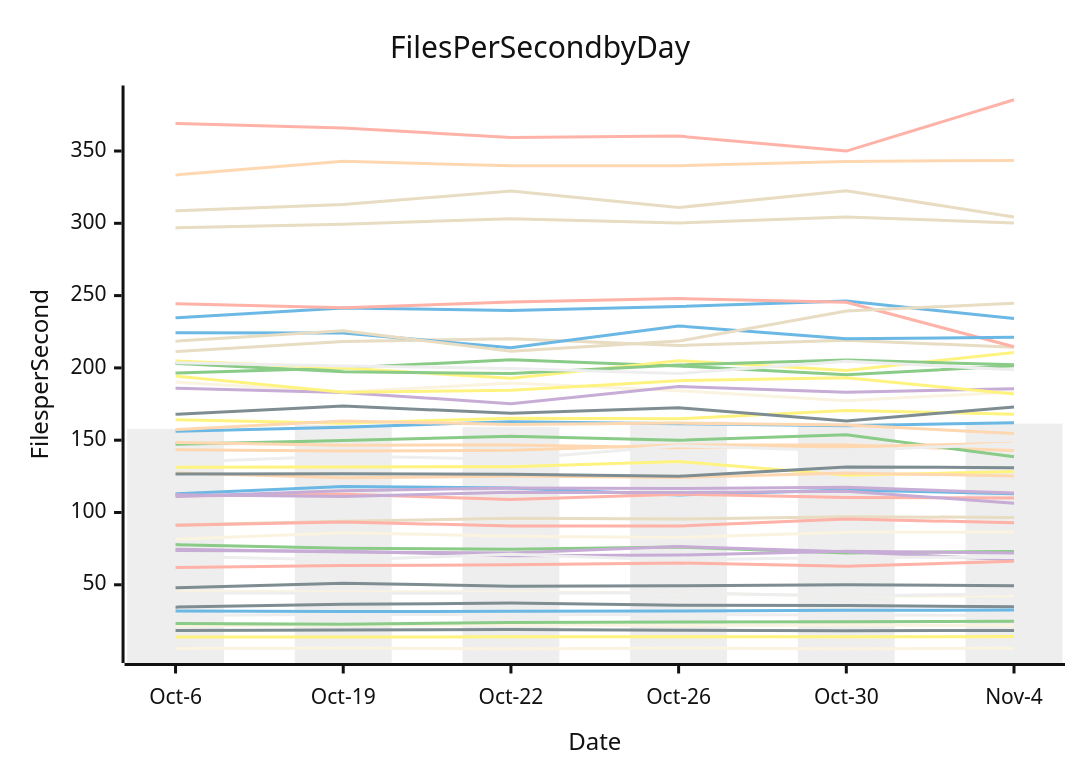
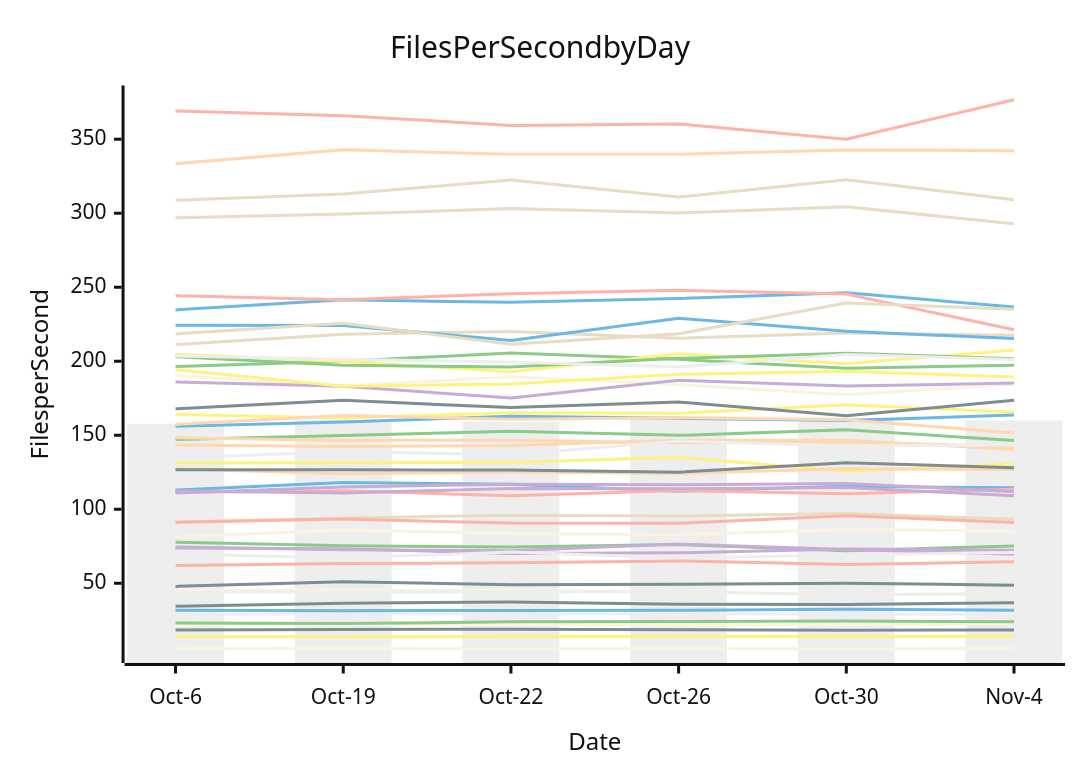
The diagram in perf-report.md (streetsidesoftware/cspell), drawn with Mermaid (neutral theme) before and after one commit. The commit also changed other lines of this file and 1 other file, not shown here.

````diff
--- a/perf-report.md
+++ b/perf-report.md
@@ -10,57 +10,57 @@
 ```mermaid
 xychart-beta
     title Files Per Second by Day
     y-axis Files per Second
     x-axis Date [Oct-6, Oct-19, Oct-22, Oct-26, Oct-30, Nov-4]
-    bar [157.78, 160.58, 159.03, 162.88, 161.94, 161.43]
-    line [112.94, 118.00, 116.85, 112.16, 115.50, 113.03]
-    line [77.78, 75.28, 74.51, 76.18, 72.03, 73.04]
-    line [74.54, 72.64, 71.96, 76.44, 72.80, 67.36]
-    line [91.34, 93.97, 96.00, 95.45, 97.05, 96.58]
-    line [111.42, 112.56, 109.04, 112.63, 110.40, 109.96]
-    line [164.09, 161.71, 165.23, 164.80, 170.61, 167.92]
-    line [34.53, 36.49, 37.33, 35.82, 35.71, 34.75]
-    line [333.43, 342.86, 339.81, 339.82, 342.79, 343.52]
-    line [45.48, 45.18, 45.07, 44.31, 42.25, 42.22]
-    line [44.34, 44.15, 44.08, 44.42, 42.24, 43.80]
-    line [234.66, 241.48, 239.78, 242.41, 246.20, 234.18]
-    line [196.39, 199.93, 205.59, 201.31, 195.27, 201.40]
-    line [73.77, 73.27, 70.11, 70.57, 73.22, 72.00]
-    line [296.93, 299.41, 303.13, 300.22, 304.34, 300.27]
-    line [91.13, 93.37, 90.70, 90.60, 95.53, 92.85]
-    line [131.24, 131.49, 131.59, 135.21, 125.70, 128.28]
-    line [167.92, 173.59, 168.67, 172.42, 163.25, 172.96]
-    line [143.38, 142.44, 143.06, 146.69, 146.59, 142.85]
-    line [190.21, 183.26, 189.47, 184.23, 177.36, 183.28]
-    line [28.81, 29.58, 29.31, 29.41, 29.14, 28.79]
-    line [156.12, 158.95, 162.77, 161.40, 160.02, 162.13]
-    line [147.14, 149.81, 152.74, 149.93, 153.73, 138.49]
-    line [185.98, 183.04, 175.20, 187.18, 183.23, 185.65]
-    line [211.32, 218.31, 220.10, 215.49, 219.14, 214.34]
-    line [244.34, 241.58, 245.56, 247.95, 245.41, 214.62]
-    line [204.79, 199.89, 192.85, 204.98, 198.27, 210.67]
-    line [47.88, 50.97, 49.03, 49.37, 49.99, 49.38]
-    line [148.37, 146.50, 146.67, 144.85, 145.45, 147.84]
-    line [6.00, 6.02, 5.75, 6.03, 5.80, 6.04]
-    line [69.72, 67.05, 71.08, 67.00, 69.09, 68.87]
-    line [31.79, 31.44, 31.67, 31.78, 32.41, 32.47]
-    line [203.08, 197.32, 196.05, 201.96, 205.39, 202.19]
-    line [111.00, 115.01, 116.88, 116.53, 117.43, 113.41]
-    line [308.73, 313.03, 322.37, 310.93, 322.55, 304.30]
-    line [62.01, 63.29, 63.79, 65.07, 62.75, 66.34]
-    line [13.86, 13.81, 14.01, 14.02, 13.97, 14.20]
-    line [18.38, 18.69, 19.00, 18.63, 18.25, 18.34]
-    line [127.28, 123.99, 125.15, 124.19, 127.28, 125.31]
-    line [21.69, 22.11, 22.28, 21.78, 22.12, 21.85]
-    line [203.55, 201.34, 199.55, 196.07, 204.60, 198.80]
-    line [224.28, 224.21, 213.97, 229.01, 220.21, 221.13]
-    line [23.16, 22.78, 23.92, 24.17, 24.43, 24.74]
-    line [112.35, 111.02, 113.95, 113.80, 114.69, 106.43]
-    line [218.48, 225.66, 211.47, 218.53, 239.32, 244.79]
-    line [369.11, 365.93, 359.34, 360.33, 349.95, 385.46]
-    line [194.31, 183.18, 184.56, 191.17, 193.23, 181.87]
-    line [126.66, 126.74, 126.46, 125.04, 131.49, 130.97]
-    line [157.33, 163.29, 160.80, 161.82, 160.48, 154.63]
-    line [81.41, 86.03, 83.62, 82.78, 86.40, 86.30]
-    line [134.66, 139.08, 136.76, 146.14, 142.74, 147.50]
+    bar [157.78, 160.58, 159.03, 162.88, 161.94, 160.02]
+    line [112.94, 118.00, 116.85, 112.16, 115.50, 114.45]
+    line [77.78, 75.28, 74.51, 76.18, 72.03, 75.21]
+    line [74.54, 72.64, 71.96, 76.44, 72.80, 69.62]
+    line [91.34, 93.97, 96.00, 95.45, 97.05, 93.17]
+    line [111.42, 112.56, 109.04, 112.63, 110.40, 113.53]
+    line [164.09, 161.71, 165.23, 164.80, 170.61, 165.61]
+    line [34.53, 36.49, 37.33, 35.82, 35.71, 36.86]
+    line [333.43, 342.86, 339.81, 339.82, 342.79, 342.26]
+    line [45.48, 45.18, 45.07, 44.31, 42.25, 43.22]
+    line [44.34, 44.15, 44.08, 44.42, 42.24, 42.88]
+    line [234.66, 241.48, 239.78, 242.41, 246.20, 236.64]
+    line [196.39, 199.93, 205.59, 201.31, 195.27, 197.35]
+    line [73.77, 73.27, 70.11, 70.57, 73.22, 72.23]
+    line [296.93, 299.41, 303.13, 300.22, 304.34, 292.89]
+    line [91.13, 93.37, 90.70, 90.60, 95.53, 91.04]
+    line [131.24, 131.49, 131.59, 135.21, 125.70, 130.73]
+    line [167.92, 173.59, 168.67, 172.42, 163.25, 173.61]
+    line [143.38, 142.44, 143.06, 146.69, 146.59, 140.40]
+    line [190.21, 183.26, 189.47, 184.23, 177.36, 184.49]
+    line [28.81, 29.58, 29.31, 29.41, 29.14, 29.07]
+    line [156.12, 158.95, 162.77, 161.40, 160.02, 163.60]
+    line [147.14, 149.81, 152.74, 149.93, 153.73, 146.39]
+    line [185.98, 183.04, 175.20, 187.18, 183.23, 185.22]
+    line [211.32, 218.31, 220.10, 215.49, 219.14, 217.54]
+    line [244.34, 241.58, 245.56, 247.95, 245.41, 221.31]
+    line [204.79, 199.89, 192.85, 204.98, 198.27, 207.58]
+    line [47.88, 50.97, 49.03, 49.37, 49.99, 48.68]
+    line [148.37, 146.50, 146.67, 144.85, 145.45, 142.42]
+    line [6.00, 6.02, 5.75, 6.03, 5.80, 6.05]
+    line [69.72, 67.05, 71.08, 67.00, 69.09, 70.86]
+    line [31.79, 31.44, 31.67, 31.78, 32.41, 31.83]
+    line [203.08, 197.32, 196.05, 201.96, 205.39, 201.71]
+    line [111.00, 115.01, 116.88, 116.53, 117.43, 111.89]
+    line [308.73, 313.03, 322.37, 310.93, 322.55, 309.17]
+    line [62.01, 63.29, 63.79, 65.07, 62.75, 64.51]
+    line [13.86, 13.81, 14.01, 14.02, 13.97, 14.18]
+    line [18.38, 18.69, 19.00, 18.63, 18.25, 18.44]
+    line [127.28, 123.99, 125.15, 124.19, 127.28, 126.86]
+    line [21.69, 22.11, 22.28, 21.78, 22.12, 22.59]
+    line [203.55, 201.34, 199.55, 196.07, 204.60, 201.12]
+    line [224.28, 224.21, 213.97, 229.01, 220.21, 215.36]
+    line [23.16, 22.78, 23.92, 24.17, 24.43, 23.95]
+    line [112.35, 111.02, 113.95, 113.80, 114.69, 109.15]
+    line [218.48, 225.66, 211.47, 218.53, 239.32, 235.17]
+    line [369.11, 365.93, 359.34, 360.33, 349.95, 376.67]
+    line [194.31, 183.18, 184.56, 191.17, 193.23, 189.38]
+    line [126.66, 126.74, 126.46, 125.04, 131.49, 128.05]
+    line [157.33, 163.29, 160.80, 161.82, 160.48, 151.46]
+    line [81.41, 86.03, 83.62, 82.78, 86.40, 85.26]
+    line [134.66, 139.08, 136.76, 146.14, 142.74, 143.48]
 ```
````
